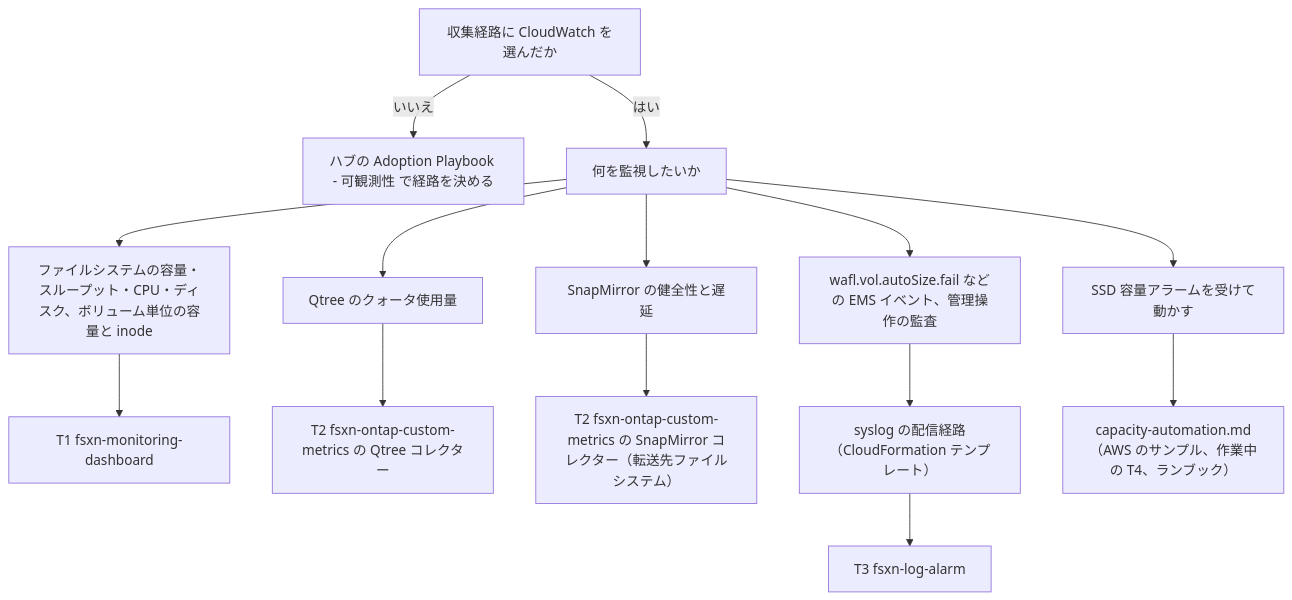
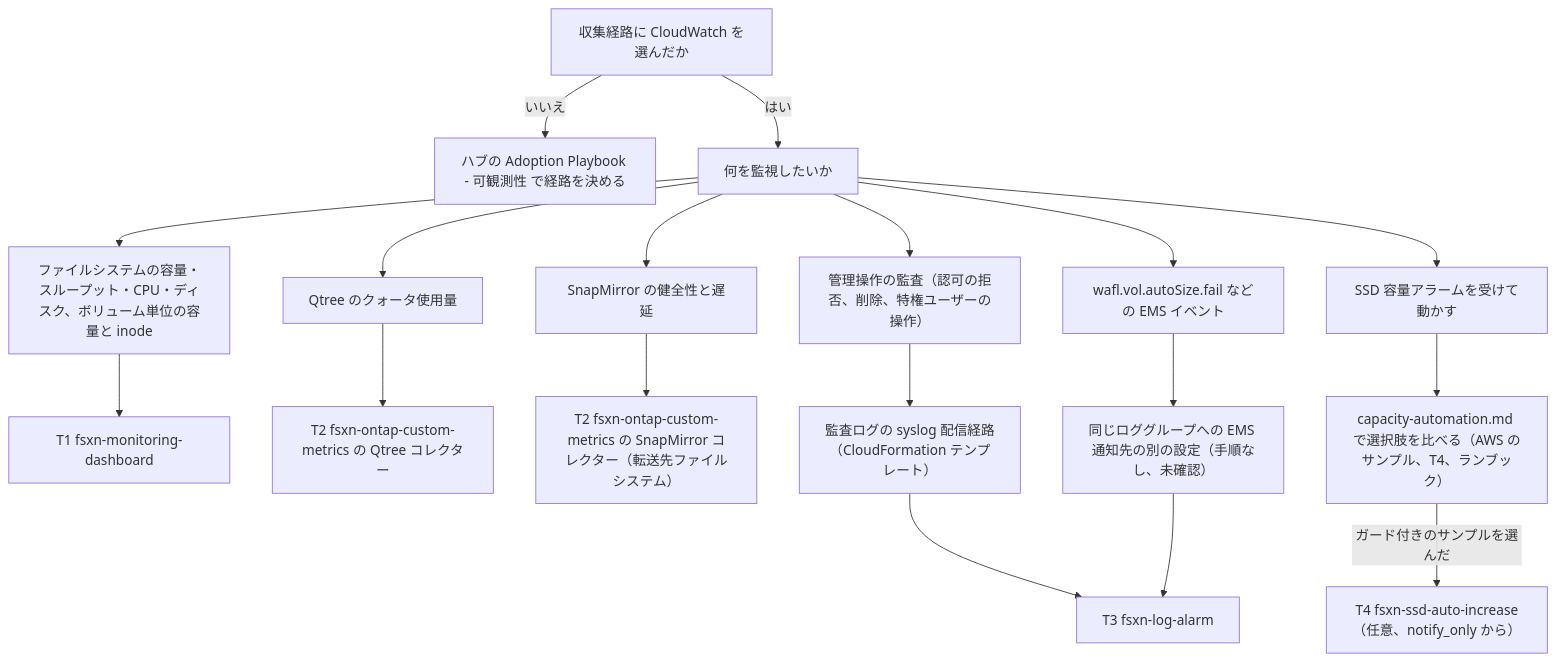
The diagram in docs/ja/terraform-monitoring-guide.md (Yoshiki0705/FSx-for-ONTAP-Observability-integrations), drawn with Mermaid before and after one commit. The commit also changed other lines of this file and 6 other files, not shown here.

````diff
--- a/docs/ja/terraform-monitoring-guide.md
+++ b/docs/ja/terraform-monitoring-guide.md
@@ -82,16 +86,20 @@
 ```mermaid
 flowchart TD
     A["収集経路に CloudWatch を選んだか"] -->|いいえ| H["ハブの Adoption Playbook - 可観測性 で経路を決める"]
     A -->|はい| B["何を監視したいか"]
     B --> C["ファイルシステムの容量・スループット・CPU・ディスク、ボリューム単位の容量と inode"]
     C --> T1["T1 fsxn-monitoring-dashboard"]
     B --> D["Qtree のクォータ使用量"]
     D --> T2Q["T2 fsxn-ontap-custom-metrics の Qtree コレクター"]
     B --> E["SnapMirror の健全性と遅延"]
     E --> T2S["T2 fsxn-ontap-custom-metrics の SnapMirror コレクター（転送先ファイルシステム）"]
-    B --> F["wafl.vol.autoSize.fail などの EMS イベント、管理操作の監査"]
-    F --> S["syslog の配信経路（CloudFormation テンプレート）"]
+    B --> F["管理操作の監査（認可の拒否、削除、特権ユーザーの操作）"]
+    F --> S["監査ログの syslog 配信経路（CloudFormation テンプレート）"]
     S --> T3["T3 fsxn-log-alarm"]
+    B --> E2["wafl.vol.autoSize.fail などの EMS イベント"]
+    E2 --> EMS["同じロググループへの EMS 通知先の別の設定（手順なし、未確認）"]
+    EMS --> T3
     B --> G["SSD 容量アラームを受けて動かす"]
-    G --> CA["capacity-automation.md（AWS のサンプル、作業中の T4、ランブック）"]
+    G --> CA["capacity-automation.md で選択肢を比べる（AWS のサンプル、T4、ランブック）"]
+    CA -->|ガード付きのサンプルを選んだ| T4["T4 fsxn-ssd-auto-increase（任意、notify_only から）"]
 ```
````
